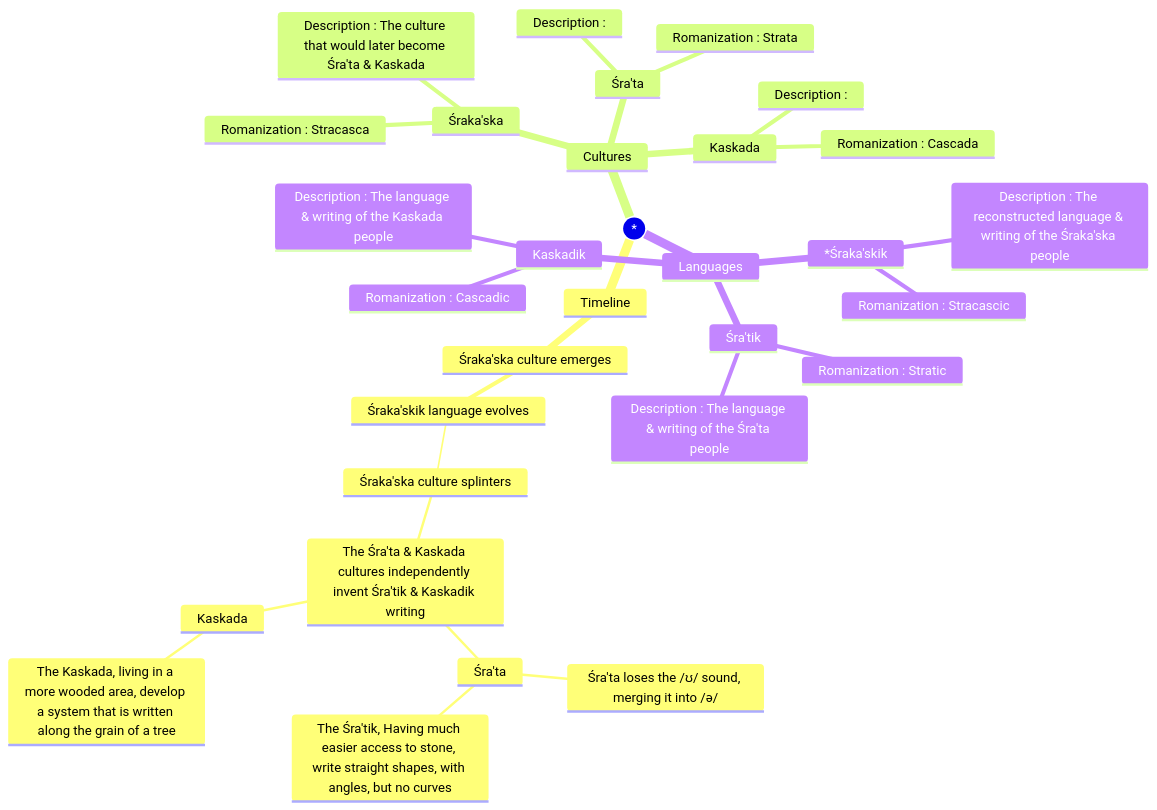
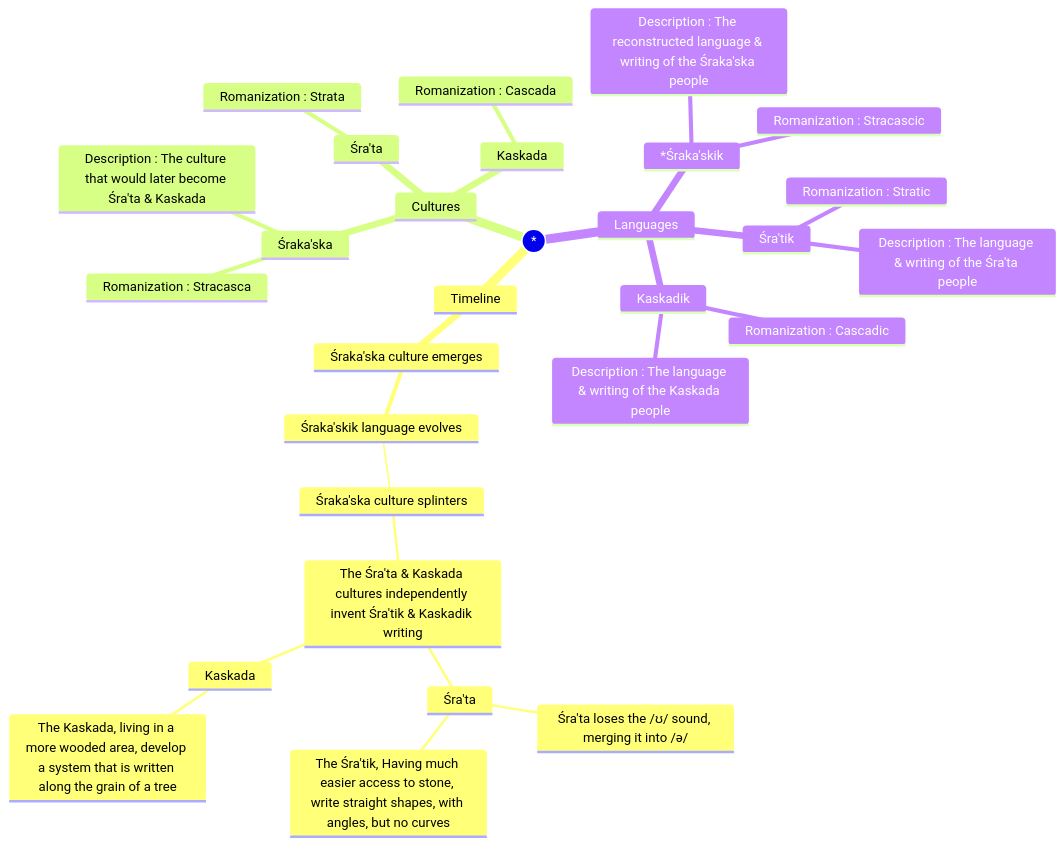
One commit to JactusTheCactus/conscript-font-gen changed the diagram in mermaid.md. Above: the diagram before and after it, drawn with Mermaid. The commit also changed 2 other files, not shown here.

```diff
--- a/mermaid.md
+++ b/mermaid.md
@@ -1,34 +1,32 @@
 :::mermaid
 mindmap
 ((*))
 	Timeline
 		Śraka'ska culture emerges
 			Śraka'skik language evolves
 				Śraka'ska culture splinters
 					The Śra'ta & Kaskada cultures independently invent Śra'tik & Kaskadik writing
 						Śra'ta
 							Śra'ta loses the /ʊ/ sound, merging it into /ə/
 							The Śra'tik, Having much easier access to stone, write straight shapes, with angles, but no curves
 						Kaskada
 							The Kaskada, living in a more wooded area, develop a system that is written along the grain of a tree
 	Cultures
 		Śraka'ska
 			Romanization : Stracasca
 			Description : The culture that would later become Śra'ta & Kaskada
 		Śra'ta
 			Romanization : Strata
-			Description : 
 		Kaskada
 			Romanization : Cascada
-			Description : 
 	Languages
 		*Śraka'skik
 			Romanization : Stracascic
 			Description : The reconstructed language & writing of the Śraka'ska people
 		Śra'tik
 			Romanization : Stratic
 			Description : The language & writing of the Śra'ta people
 		Kaskadik
 			Romanization : Cascadic
 			Description : The language & writing of the Kaskada people
 :::
```
